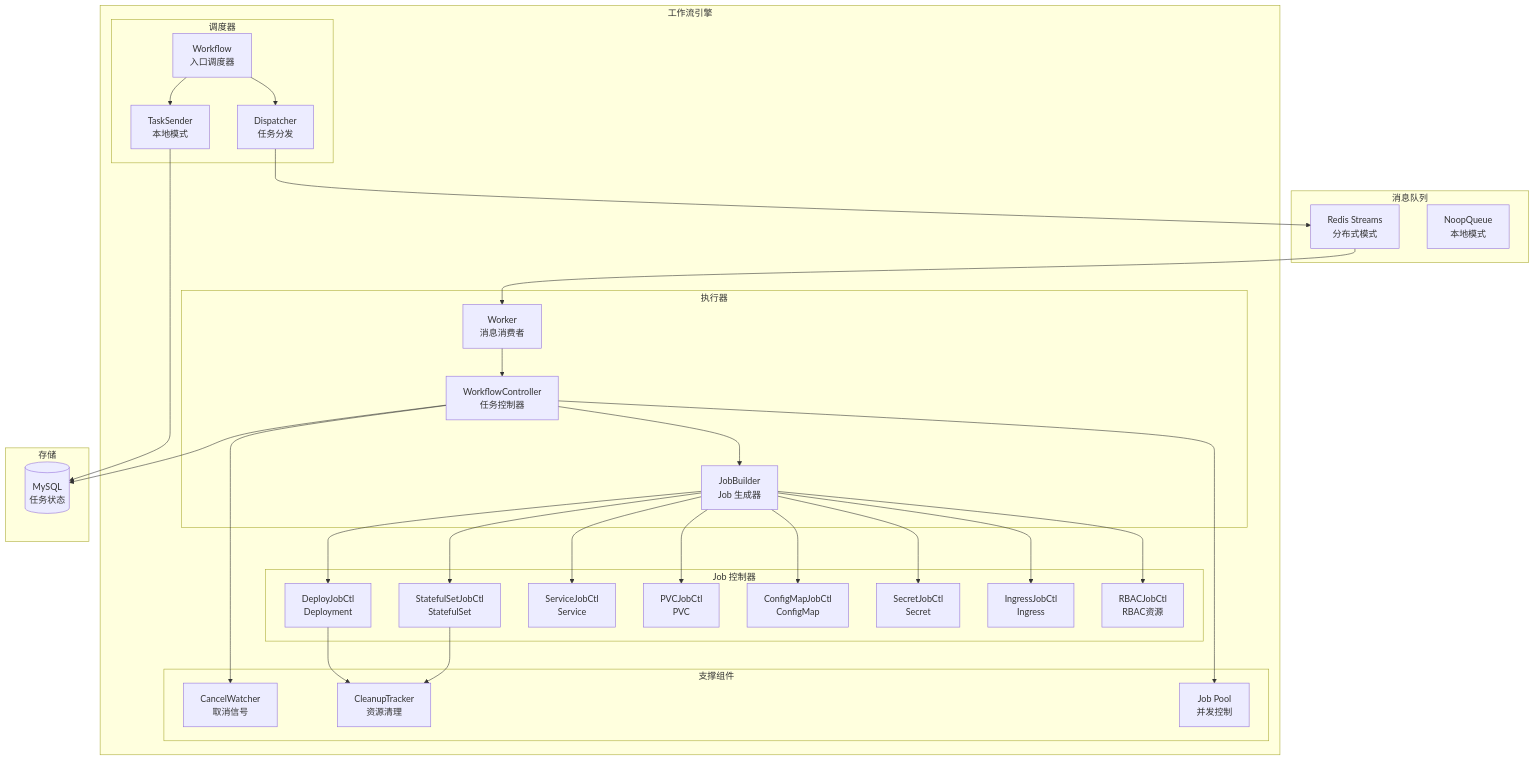
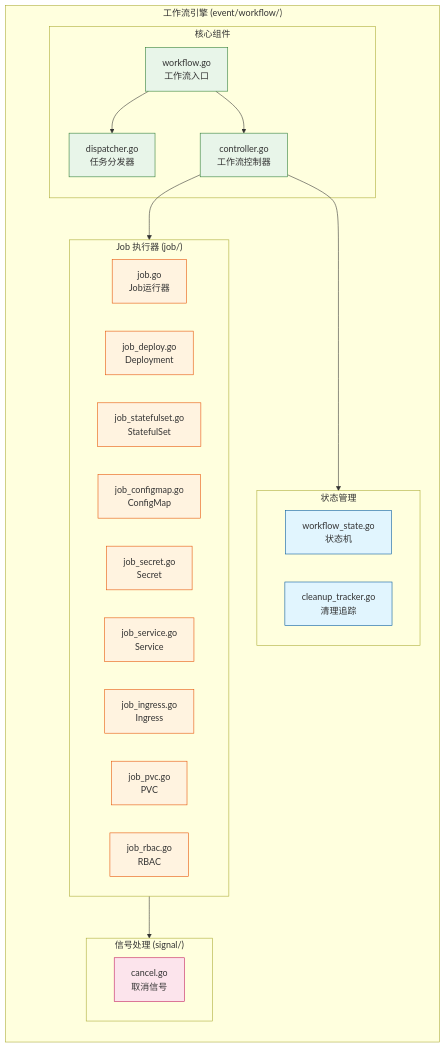
One commit to SilentEchoe/KubeMin-Cli changed the fifth of 18 diagrams in docs/architecture-diagrams.md. Above: the diagram before and after it, drawn with Mermaid. The commit also changed other lines of this file and 33 other files, not shown here.

````diff
--- a/docs/architecture-diagrams.md
+++ b/docs/architecture-diagrams.md
@@ -224,68 +279,49 @@
 ```mermaid
-graph TB
-    subgraph WorkflowEngine [工作流引擎]
-        subgraph Scheduler [调度器]
-            Workflow[Workflow<br/>入口调度器]
-            Dispatcher[Dispatcher<br/>任务分发]
-            TaskSender[TaskSender<br/>本地模式]
+flowchart TB
+    subgraph WorkflowEngine["工作流引擎 (event/workflow/)"]
+        direction TB
+        
+        subgraph Core["核心组件"]
+            Workflow[workflow.go<br/>工作流入口]
+            Controller[controller.go<br/>工作流控制器]
+            Dispatcher[dispatcher.go<br/>任务分发器]
         end
-
-        subgraph Executor [执行器]
-            Worker[Worker<br/>消息消费者]
-            Controller[WorkflowController<br/>任务控制器]
-            JobBuilder[JobBuilder<br/>Job 生成器]
+        
+        subgraph JobExecutors["Job 执行器 (job/)"]
+            JobRunner[job.go<br/>Job运行器]
+            DeployJob[job_deploy.go<br/>Deployment]
+            StatefulSetJob[job_statefulset.go<br/>StatefulSet]
+            ConfigMapJob[job_configmap.go<br/>ConfigMap]
+            SecretJob[job_secret.go<br/>Secret]
+            ServiceJob[job_service.go<br/>Service]
+            IngressJob[job_ingress.go<br/>Ingress]
+            PVCJob[job_pvc.go<br/>PVC]
+            RBACJob[job_rbac.go<br/>RBAC]
         end
-
-        subgraph JobControllers [Job 控制器]
-            Deploy[DeployJobCtl<br/>Deployment]
-            Store[StatefulSetJobCtl<br/>StatefulSet]
-            Svc[ServiceJobCtl<br/>Service]
-            PVC[PVCJobCtl<br/>PVC]
-            CM[ConfigMapJobCtl<br/>ConfigMap]
-            Secret[SecretJobCtl<br/>Secret]
-            Ing[IngressJobCtl<br/>Ingress]
-            RBAC[RBACJobCtl<br/>RBAC资源]
+        
+        subgraph StateManagement["状态管理"]
+            WorkflowState[workflow_state.go<br/>状态机]
+            CleanupTracker[cleanup_tracker.go<br/>清理追踪]
         end
-
-        subgraph Support [支撑组件]
-            Signal[CancelWatcher<br/>取消信号]
-            Cleanup[CleanupTracker<br/>资源清理]
-            Pool[Job Pool<br/>并发控制]
+        
+        subgraph Signal["信号处理 (signal/)"]
+            Cancel[cancel.go<br/>取消信号]
         end
     end
 
-    subgraph Queue [消息队列]
-        Redis[Redis Streams<br/>分布式模式]
-        Noop[NoopQueue<br/>本地模式]
-    end
+    Workflow --> Dispatcher
+    Workflow --> Controller
+    Controller --> JobExecutors
+    Controller --> StateManagement
+    JobExecutors --> Signal
 
-    subgraph Storage [存储]
-        DB[(MySQL<br/>任务状态)]
-    end
+    classDef core fill:#e8f5e9,stroke:#2e7d32
+    classDef job fill:#fff3e0,stroke:#e65100
+    classDef state fill:#e1f5fe,stroke:#01579b
+    classDef signal fill:#fce4ec,stroke:#c2185b
 
-    Workflow --> Dispatcher
-    Workflow --> TaskSender
-
-    Dispatcher --> Redis
-    TaskSender --> DB
-
-    Redis --> Worker
-    Worker --> Controller
-
-    Controller --> JobBuilder
-    JobBuilder --> Deploy
-    JobBuilder --> Store
-    JobBuilder --> Svc
-    JobBuilder --> PVC
-    JobBuilder --> CM
-    JobBuilder --> Secret
-    JobBuilder --> Ing
-    JobBuilder --> RBAC
-
-    Controller --> Signal
-    Deploy --> Cleanup
-    Store --> Cleanup
-    Controller --> Pool
-
-    Controller --> DB
+    class Workflow,Controller,Dispatcher core
+    class JobRunner,DeployJob,StatefulSetJob,ConfigMapJob,SecretJob,ServiceJob,IngressJob,PVCJob,RBACJob job
+    class WorkflowState,CleanupTracker state
+    class Cancel signal
 ```
````
